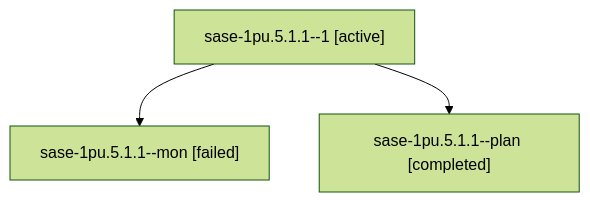
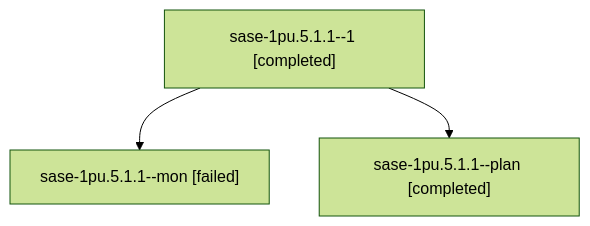
The diagram in sessions/bbugyi200.athena.sase-1pu.5.1.1.md (sase-org/sase--agents), drawn with Mermaid (forest theme) before and after one commit. The commit also changed other lines of this file and 40 other files, not shown here.

````diff
--- a/sessions/bbugyi200.athena.sase-1pu.5.1.1.md
+++ b/sessions/bbugyi200.athena.sase-1pu.5.1.1.md
@@ -9,8 +9,8 @@
 ```mermaid
 flowchart TD
-  n0["sase-1pu.5.1.1--1 [active]"]
+  n0["sase-1pu.5.1.1--1 [completed]"]
   n1["sase-1pu.5.1.1--mon [failed]"]
   n0 --> n1
   n2["sase-1pu.5.1.1--plan [completed]"]
   n0 --> n2
 ```
````
